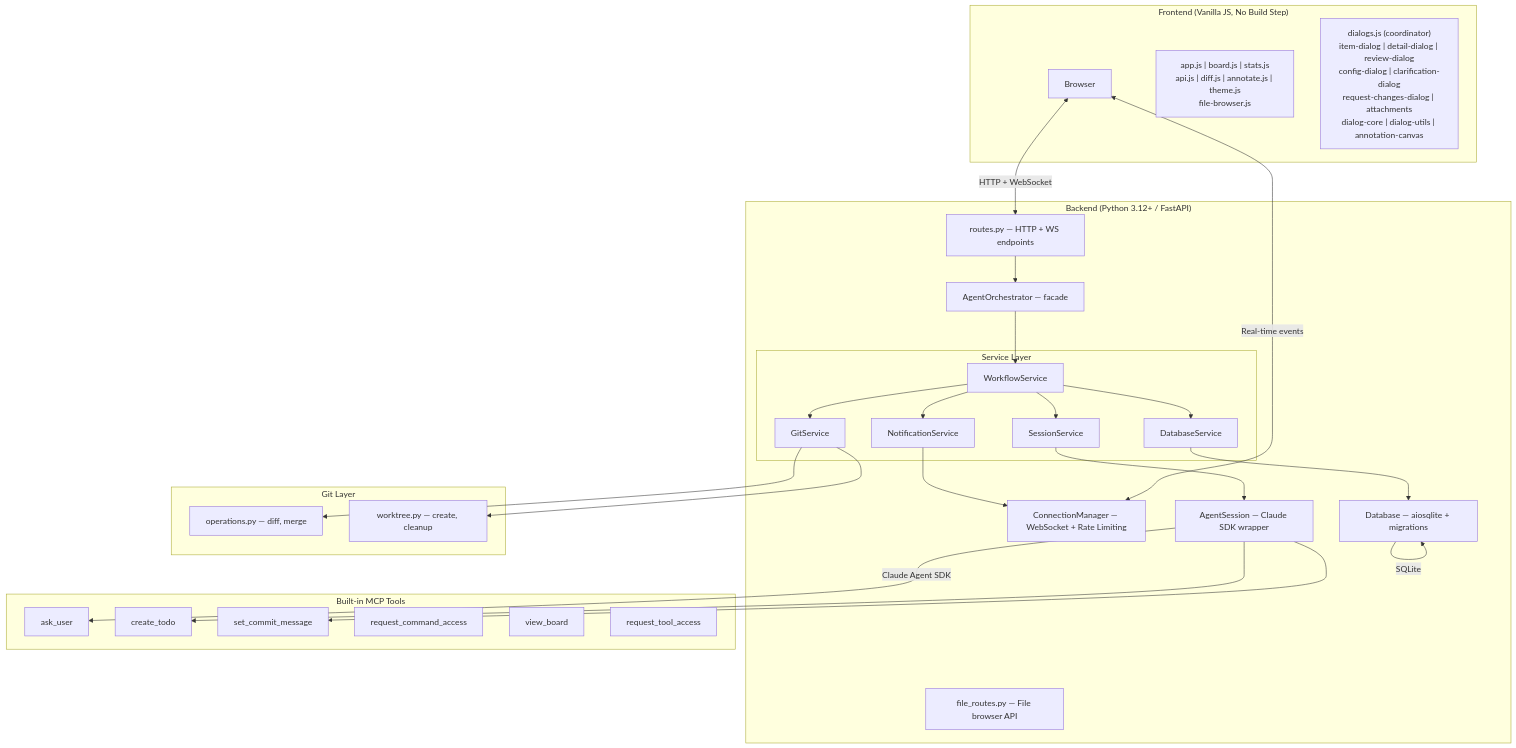
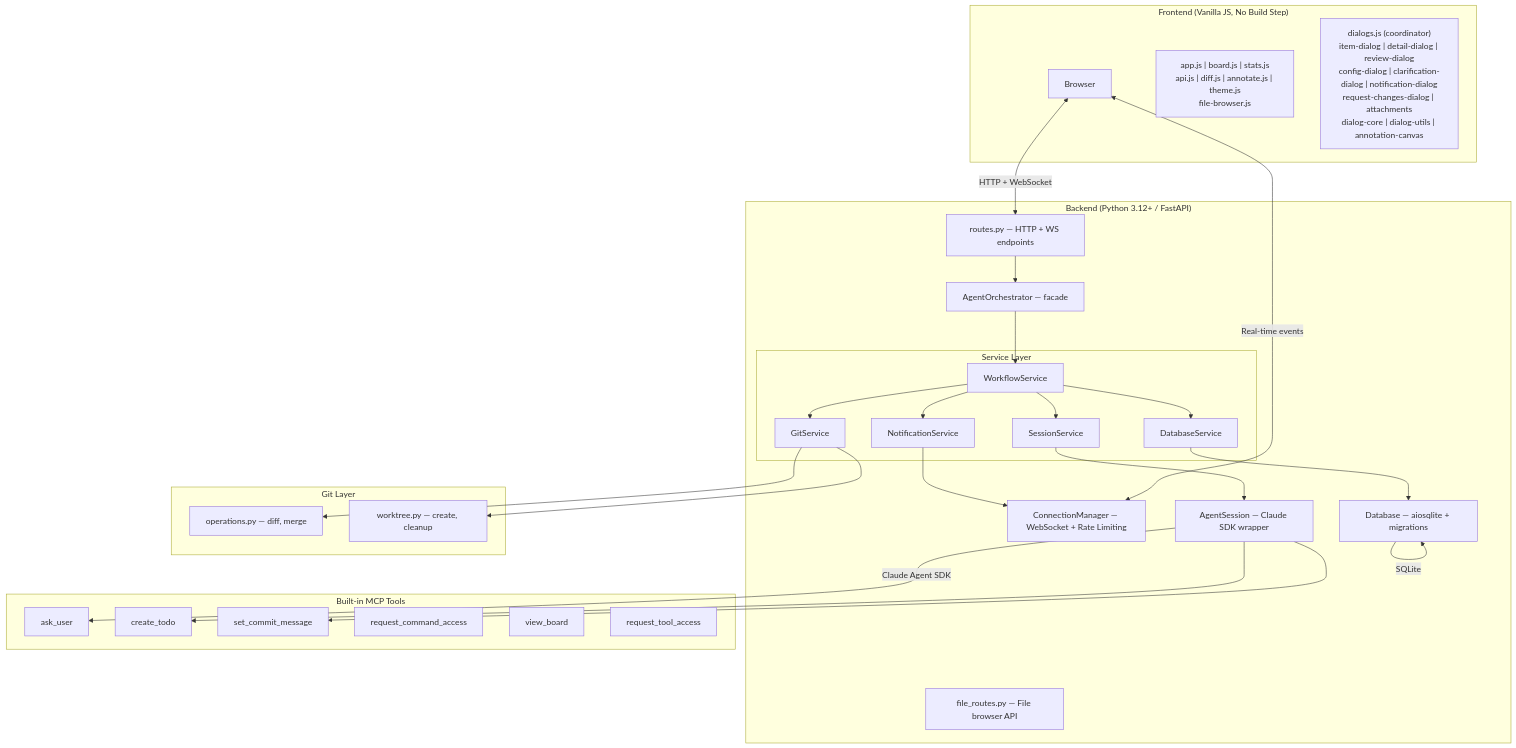
Before and after one commit to epatel/claude-agents-dashboard: the second of 4 diagrams in README.md, drawn with Mermaid. The commit also changed other lines of this file, not shown here.

Commit message:
Update README with notification system, MCP monitoring, and session resume

````diff
--- a/README.md
+++ b/README.md
@@ -111,56 +112,56 @@
 ```mermaid
 graph TB
     subgraph Frontend["Frontend (Vanilla JS, No Build Step)"]
         Browser["Browser"]
         JS["app.js | board.js | stats.js<br/>api.js | diff.js | annotate.js | theme.js<br/>file-browser.js"]
-        Dlg["dialogs.js (coordinator)<br/>item-dialog | detail-dialog | review-dialog<br/>config-dialog | clarification-dialog<br/>request-changes-dialog | attachments<br/>dialog-core | dialog-utils | annotation-canvas"]
+        Dlg["dialogs.js (coordinator)<br/>item-dialog | detail-dialog | review-dialog<br/>config-dialog | clarification-dialog | notification-dialog<br/>request-changes-dialog | attachments<br/>dialog-core | dialog-utils | annotation-canvas"]
     end
 
     subgraph Backend["Backend (Python 3.12+ / FastAPI)"]
         Routes["routes.py — HTTP + WS endpoints"]
         FileRoutes["file_routes.py — File browser API"]
         WSMgr["ConnectionManager — WebSocket + Rate Limiting"]
         Orch["AgentOrchestrator — facade"]
         subgraph Svc["Service Layer"]
             WF["WorkflowService"]
             DBS["DatabaseService"]
             NS["NotificationService"]
             GS["GitService"]
             SS["SessionService"]
         end
         Sess["AgentSession — Claude SDK wrapper"]
         DB["Database — aiosqlite + migrations"]
     end
 
     subgraph MCP["Built-in MCP Tools"]
         Ask["ask_user"]
         TodoTool["create_todo"]
         CommitTool["set_commit_message"]
         CmdAccess["request_command_access"]
         BoardView["view_board"]
         ToolAccess["request_tool_access"]
     end
 
     subgraph GitLayer["Git Layer"]
         GitOps["operations.py — diff, merge"]
         WT["worktree.py — create, cleanup"]
     end
 
     Browser <-->|"HTTP + WebSocket"| Routes
     Routes --> Orch
     Orch --> WF
     WF --> DBS
     WF --> GS
     WF --> NS
     WF --> SS
     SS --> Sess
     DBS --> DB
     NS --> WSMgr
     WSMgr <-->|"Real-time events"| Browser
     Sess -->|"Claude Agent SDK"| Ask
     Sess --> TodoTool
     Sess --> CommitTool
     DB -->|SQLite| DB
     GS --> GitOps
     GS --> WT
 ```
````
